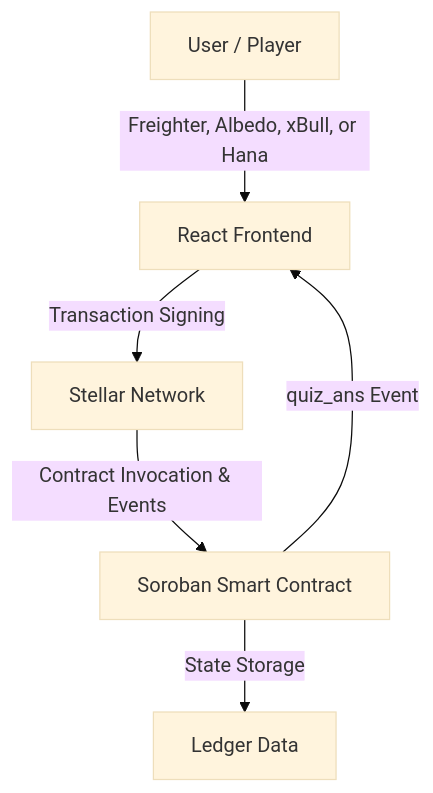
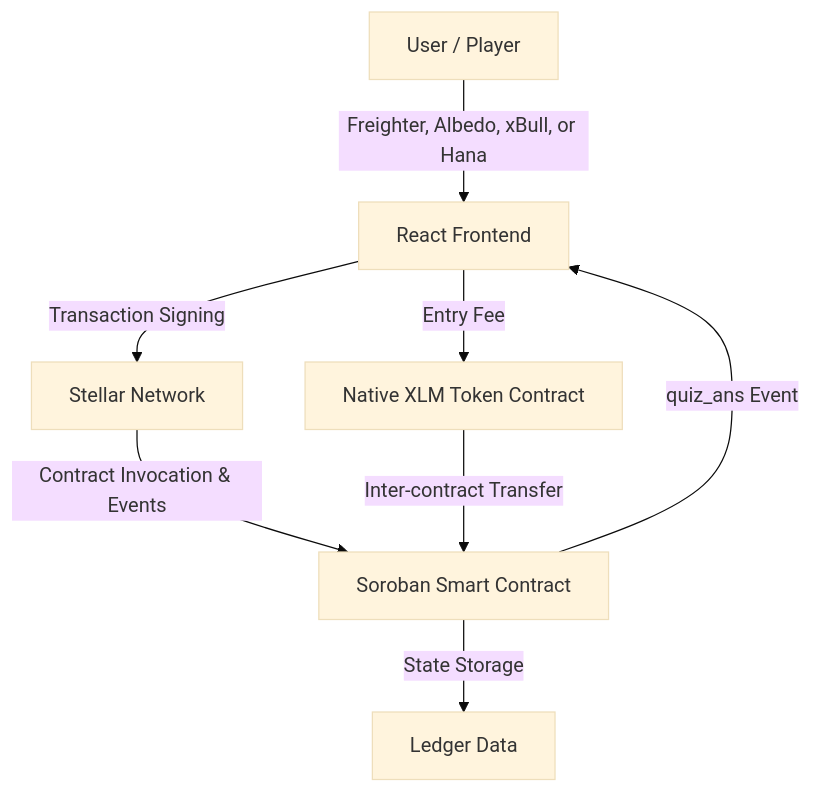
One commit to ankush-shaw/DecentralizedQuizApp-2.0 changed the diagram in README.md. Above: the diagram before and after it, drawn with Mermaid (base theme). The commit also changed other lines of this file, not shown here.

````diff
--- a/README.md
+++ b/README.md
@@ -130,8 +166,10 @@
 ```mermaid
 graph TD
     A[User / Player] -->|Freighter, Albedo, xBull, or Hana| B[React Frontend]
     B -->|Transaction Signing| C[Stellar Network]
     C -->|Contract Invocation & Events| D[Soroban Smart Contract]
     D -->|State Storage| E[Ledger Data]
     D -->|quiz_ans Event| B
+    B -->|Entry Fee| F[Native XLM Token Contract]
+    F -->|Inter-contract Transfer| D
 ```
````
